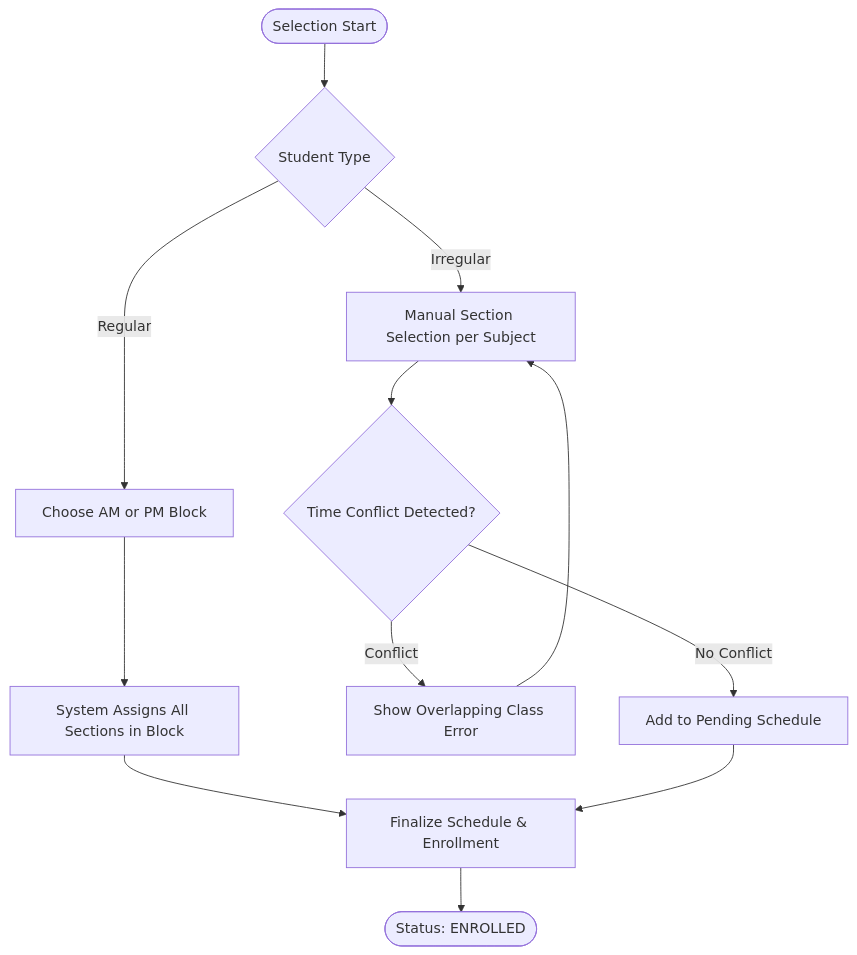
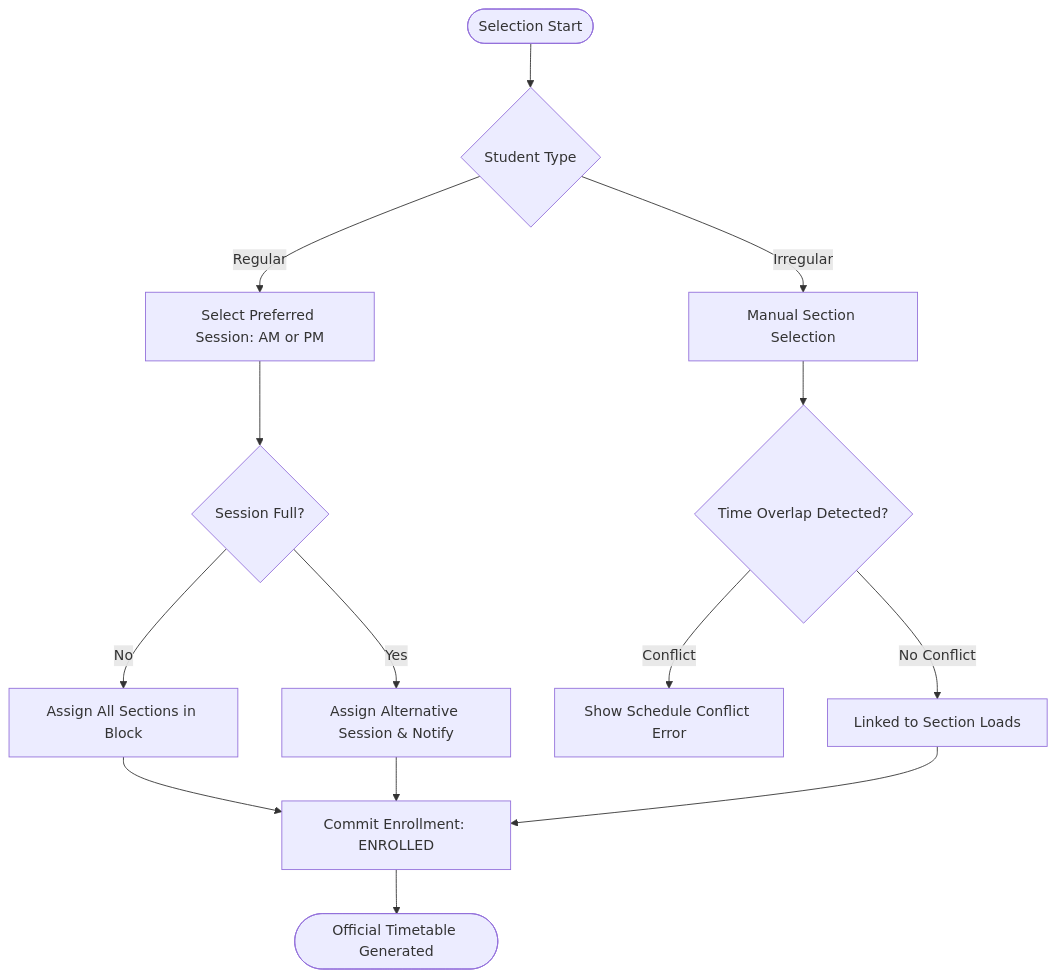
One commit to property360-2/richwell-potal changed the diagram in docs/flowcharts/schedule-picking.md. Above: the diagram before and after it, drawn with Mermaid. The commit also changed other lines of this file and 9 other files, not shown here.

Commit message:
pinagsama ko yung ibang mga flowcharts

````diff
--- a/docs/flowcharts/schedule-picking.md
+++ b/docs/flowcharts/schedule-picking.md
@@ -5,18 +5,20 @@
 ```mermaid
 graph TD
     Start([Selection Start]) --> StudentType{Student Type}
     
-    StudentType -- "Regular" --> BlockSelect[Choose AM or PM Block]
-    BlockSelect --> AutoAssign[System Assigns All Sections in Block]
+    StudentType -- "Regular" --> SessionSelect[Select Preferred Session: AM or PM]
+    SessionSelect --> CapacityCheck{Session Full?}
+    CapacityCheck -- "No" --> AssignBlock[Assign All Sections in Block]
+    CapacityCheck -- "Yes" --> Fallback[Assign Alternative Session & Notify]
     
-    StudentType -- "Irregular" --> SectionSelect[Manual Section Selection per Subject]
-    SectionSelect --> ConflictCheck{Time Conflict Detected?}
-    ConflictCheck -- "Conflict" --> ShowConflict[Show Overlapping Class Error]
-    ShowConflict --> SectionSelect
-    ConflictCheck -- "No Conflict" --> AddToSched[Add to Pending Schedule]
+    StudentType -- "Irregular" --> SectionSelect[Manual Section Selection]
+    SectionSelect --> ConflictCheck{Time Overlap Detected?}
+    ConflictCheck -- "Conflict" --> ShowError[Show Schedule Conflict Error]
+    ConflictCheck -- "No Conflict" --> AddToSched[Linked to Section Loads]
     
-    AutoAssign --> Finalize[Finalize Schedule & Enrollment]
+    AssignBlock --> Finalize[Commit Enrollment: ENROLLED]
+    Fallback --> Finalize
     AddToSched --> Finalize
     
-    Finalize --> End([Status: ENROLLED])
+    Finalize --> End([Official Timetable Generated])
 ```
````
